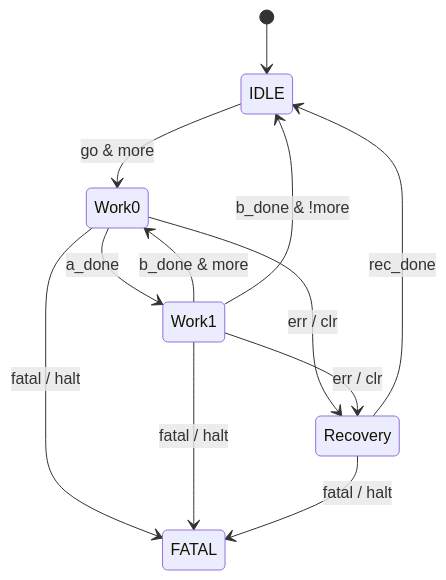
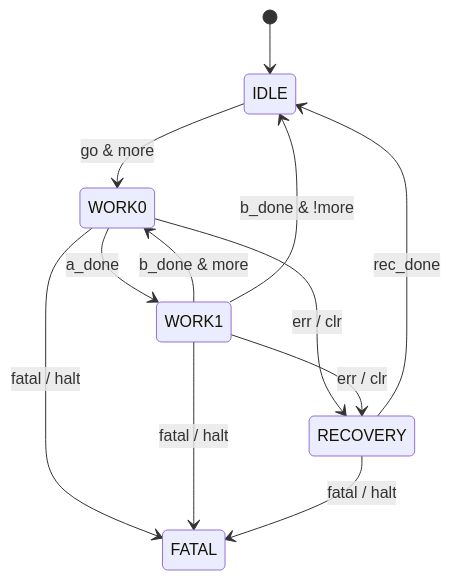
The third of 6 diagrams in docs/state/async-fsm.md (rede97/autowire), drawn with Mermaid before and after one commit. The commit also changed other lines of this file and 41 other files, not shown here.

````diff
--- a/docs/state/async-fsm.md
+++ b/docs/state/async-fsm.md
@@ -779,14 +858,14 @@
 ```mermaid
 stateDiagram-v2
   [*] --> IDLE
-  IDLE --> Work0: go & more
-  Work0 --> Work1: a_done
-  Work1 --> Work0: b_done & more
-  Work1 --> IDLE: b_done & !more
-  Work0 --> Recovery: err / clr
-  Work1 --> Recovery: err / clr
-  Recovery --> IDLE: rec_done
-  Work0 --> FATAL: fatal / halt
-  Work1 --> FATAL: fatal / halt
-  Recovery --> FATAL: fatal / halt
+  IDLE --> WORK0: go & more
+  WORK0 --> WORK1: a_done
+  WORK1 --> WORK0: b_done & more
+  WORK1 --> IDLE: b_done & !more
+  WORK0 --> RECOVERY: err / clr
+  WORK1 --> RECOVERY: err / clr
+  RECOVERY --> IDLE: rec_done
+  WORK0 --> FATAL: fatal / halt
+  WORK1 --> FATAL: fatal / halt
+  RECOVERY --> FATAL: fatal / halt
 ```
````
